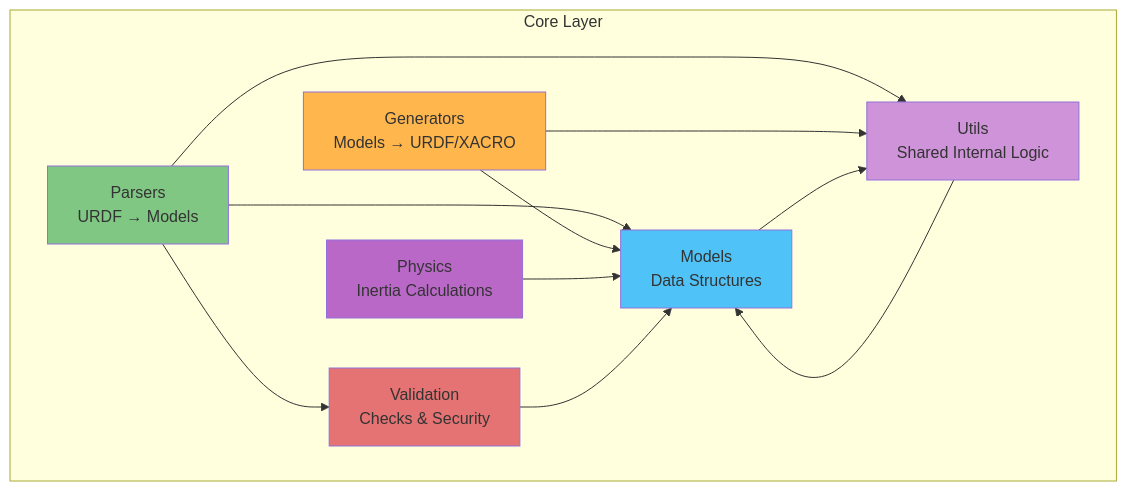
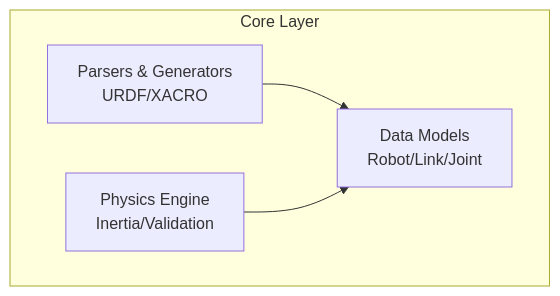
Before and after one commit to arounamounchili/linkforge: the second of 3 diagrams in ARCHITECTURE.md, drawn with Mermaid. The commit also changed other lines of this file, not shown here.

Commit message:
docs: simplify ARCHITECTURE.md into a lean architecture map

````diff
--- a/ARCHITECTURE.md
+++ b/ARCHITECTURE.md
@@ -72,28 +32,10 @@
 ```mermaid
 graph TB
     subgraph "Core Layer"
-        Models[Models<br/>Data Structures]
-        Parsers[Parsers<br/>URDF → Models]
-        Generators[Generators<br/>Models → URDF/XACRO]
-        Physics[Physics<br/>Inertia Calculations]
-        Validation[Validation<br/>Checks & Security]
-        Utils[Utils<br/>Shared Internal Logic]
+        Models[Data Models<br/>Robot/Link/Joint]
+        Physics[Physics Engine<br/>Inertia/Validation]
+        IO[Parsers & Generators<br/>URDF/XACRO]
     end
-
-    Parsers --> Models
-    Parsers --> Utils
-    Parsers --> Validation
-    Generators --> Models
-    Generators --> Utils
+    IO --> Models
     Physics --> Models
-    Validation --> Models
-    Models --> Utils
-    Utils --> Models
-
-    style Models fill:#4fc3f7
-    style Parsers fill:#81c784
-    style Generators fill:#ffb74d
-    style Physics fill:#ba68c8
-    style Validation fill:#e57373
-    style Utils fill:#ce93d8
 ```
````
